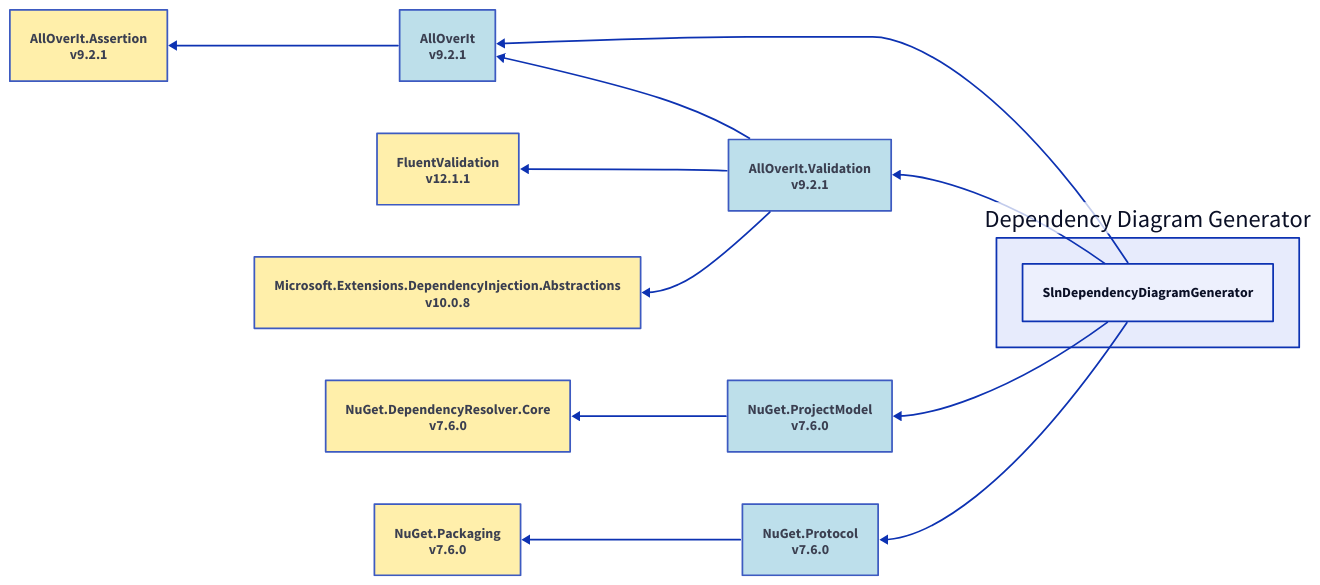
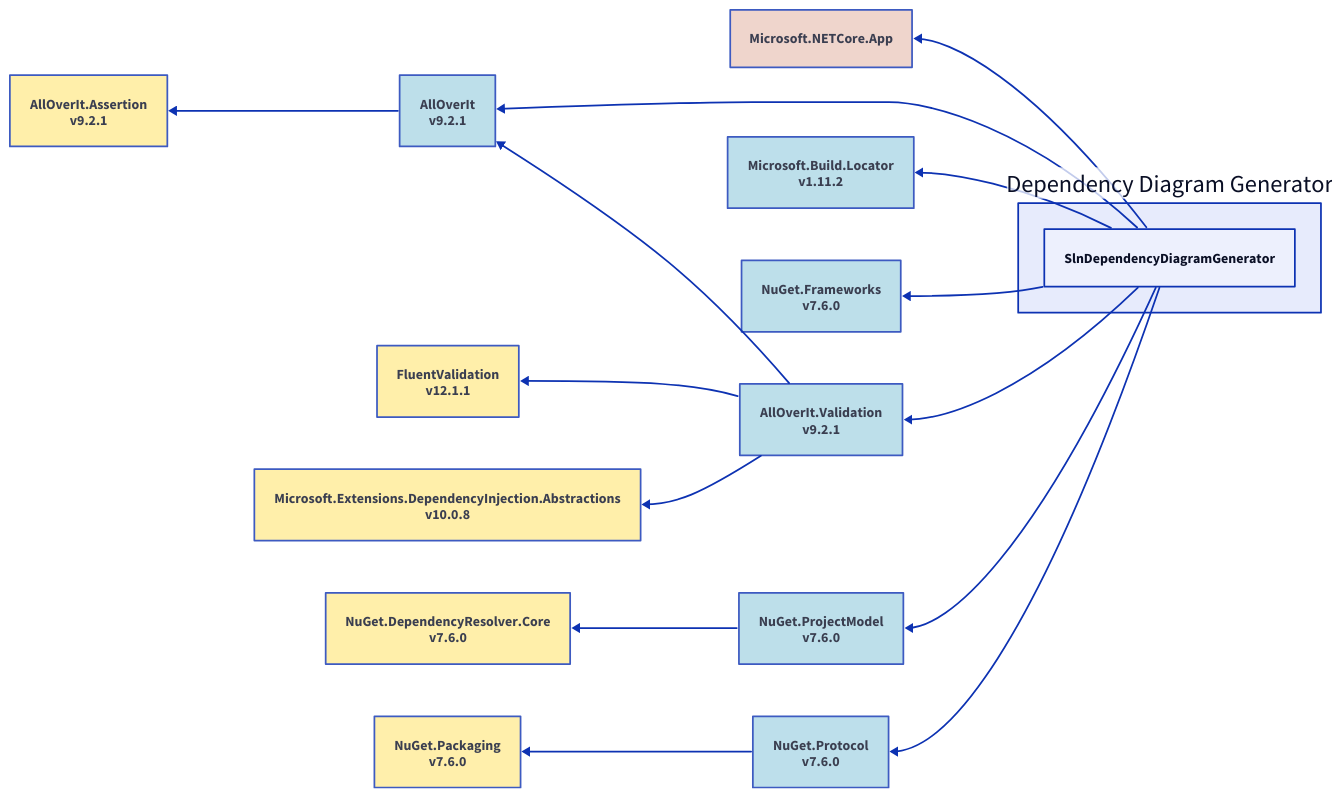
Before and after one commit to mjfreelancing/SlnDependencyDiagramGenerator: the diagram in Samples/Output/net9.0/d2/dependency diagram generator-all.d2, drawn with D2. The commit also changed other lines of this file and 101 other files, not shown here.

```diff
--- a/Samples/Output/net9.0/d2/dependency diagram generator-all.d2
+++ b/Samples/Output/net9.0/d2/dependency diagram generator-all.d2
@@ -1,43 +1,55 @@
 direction: left
 
 ddg: Dependency Diagram Generator
 ddg.slndependencydiagramgenerator: SlnDependencyDiagramGenerator
+microsoft-netcore-app: Microsoft.NETCore.App
 alloverit_9-2-1: AllOverIt\nv9.2.1
 alloverit-assertion_9-2-1: AllOverIt.Assertion\nv9.2.1
 alloverit-validation_9-2-1: AllOverIt.Validation\nv9.2.1
 fluentvalidation_12-1-1: FluentValidation\nv12.1.1
 microsoft-extensions-dependencyinjection-abstractions_10-0-8: Microsoft.Extensions.DependencyInjection.Abstractions\nv10.0.8
+microsoft-build-locator_1-11-2: Microsoft.Build.Locator\nv1.11.2
+nuget-frameworks_7-6-0: NuGet.Frameworks\nv7.6.0
 nuget-projectmodel_7-6-0: NuGet.ProjectModel\nv7.6.0
 nuget-dependencyresolver-core_7-6-0: NuGet.DependencyResolver.Core\nv7.6.0
 nuget-protocol_7-6-0: NuGet.Protocol\nv7.6.0
 nuget-packaging_7-6-0: NuGet.Packaging\nv7.6.0
+microsoft-netcore-app <- ddg.slndependencydiagramgenerator
 alloverit_9-2-1 <- ddg.slndependencydiagramgenerator
 alloverit-assertion_9-2-1 <- alloverit_9-2-1
 alloverit-validation_9-2-1 <- ddg.slndependencydiagramgenerator
 alloverit_9-2-1 <- alloverit-validation_9-2-1
 fluentvalidation_12-1-1 <- alloverit-validation_9-2-1
 microsoft-extensions-dependencyinjection-abstractions_10-0-8 <- alloverit-validation_9-2-1
+microsoft-build-locator_1-11-2 <- ddg.slndependencydiagramgenerator
+nuget-frameworks_7-6-0 <- ddg.slndependencydiagramgenerator
 nuget-projectmodel_7-6-0 <- ddg.slndependencydiagramgenerator
 nuget-dependencyresolver-core_7-6-0 <- nuget-projectmodel_7-6-0
 nuget-protocol_7-6-0 <- ddg.slndependencydiagramgenerator
 nuget-packaging_7-6-0 <- nuget-protocol_7-6-0
+microsoft-netcore-app.style.fill: "#ECCBC0"
+microsoft-netcore-app.style.opacity: 0.8
 alloverit_9-2-1.style.fill: "#ADD8E6"
 alloverit_9-2-1.style.opacity: 0.8
 alloverit-assertion_9-2-1.style.fill: "#FFEC96"
 alloverit-assertion_9-2-1.style.opacity: 0.8
 alloverit-validation_9-2-1.style.fill: "#ADD8E6"
 alloverit-validation_9-2-1.style.opacity: 0.8
 fluentvalidation_12-1-1.style.fill: "#FFEC96"
 fluentvalidation_12-1-1.style.opacity: 0.8
 microsoft-extensions-dependencyinjection-abstractions_10-0-8.style.fill: "#FFEC96"
 microsoft-extensions-dependencyinjection-abstractions_10-0-8.style.opacity: 0.8
+microsoft-build-locator_1-11-2.style.fill: "#ADD8E6"
+microsoft-build-locator_1-11-2.style.opacity: 0.8
+nuget-frameworks_7-6-0.style.fill: "#ADD8E6"
+nuget-frameworks_7-6-0.style.opacity: 0.8
 nuget-projectmodel_7-6-0.style.fill: "#ADD8E6"
 nuget-projectmodel_7-6-0.style.opacity: 0.8
 nuget-dependencyresolver-core_7-6-0.style.fill: "#FFEC96"
 nuget-dependencyresolver-core_7-6-0.style.opacity: 0.8
 nuget-protocol_7-6-0.style.fill: "#ADD8E6"
 nuget-protocol_7-6-0.style.opacity: 0.8
 nuget-packaging_7-6-0.style.fill: "#FFEC96"
 nuget-packaging_7-6-0.style.opacity: 0.8
 ddg.style.fill: "#E7EBFC"
 ddg.style.opacity: 1
```
